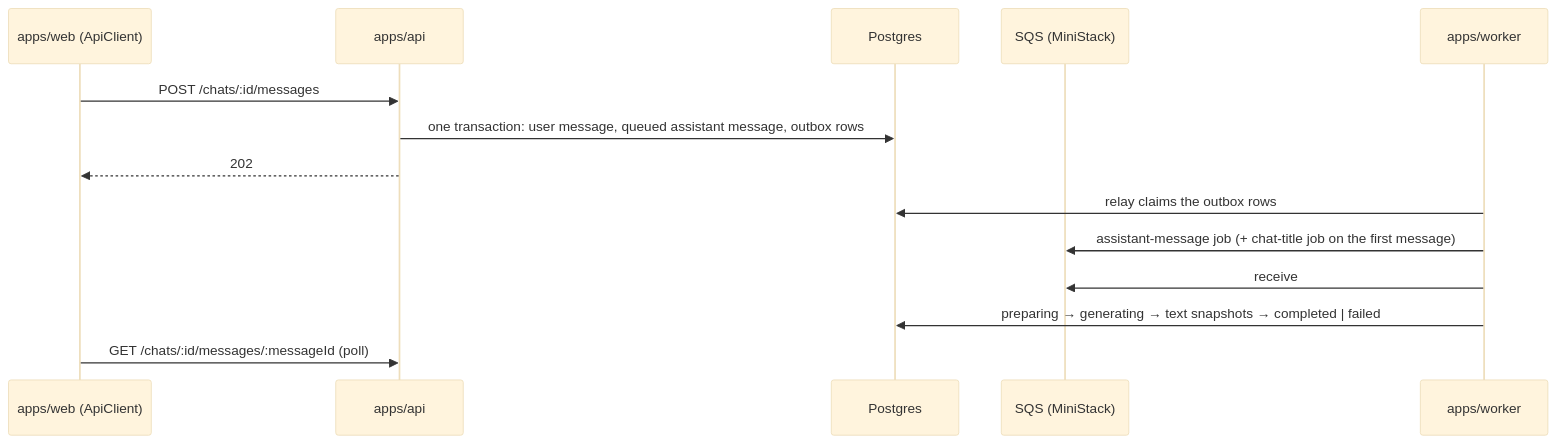
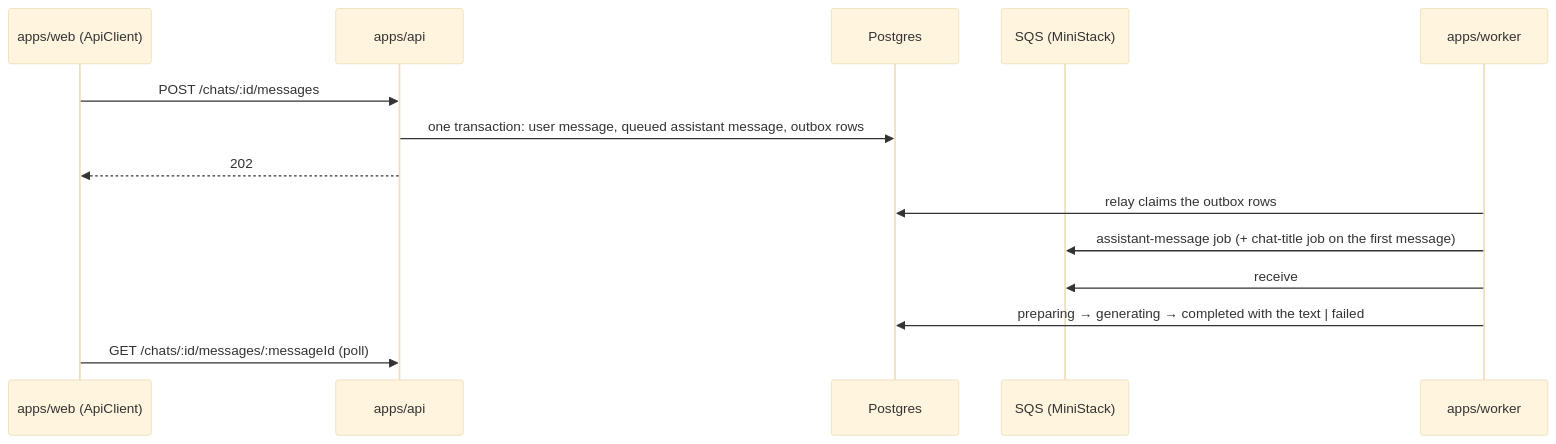
Before and after one commit to khotei/app-template: the diagram in README.md, drawn with Mermaid (base theme). The commit also changed other lines of this file and 15 other files, not shown here.

````diff
--- a/README.md
+++ b/README.md
@@ -22,16 +22,16 @@
 ```mermaid
 sequenceDiagram
   participant W as apps/web (ApiClient)
   participant A as apps/api
   participant S as Postgres
   participant Q as SQS (MiniStack)
   participant K as apps/worker
   W->>A: POST /chats/:id/messages
   A->>S: one transaction: user message, queued assistant message, outbox rows
   A-->>W: 202
   K->>S: relay claims the outbox rows
   K->>Q: assistant-message job (+ chat-title job on the first message)
   K->>Q: receive
-  K->>S: preparing → generating → text snapshots → completed | failed
+  K->>S: preparing → generating → completed with the text | failed
   W->>A: GET /chats/:id/messages/:messageId (poll)
 ```
````
